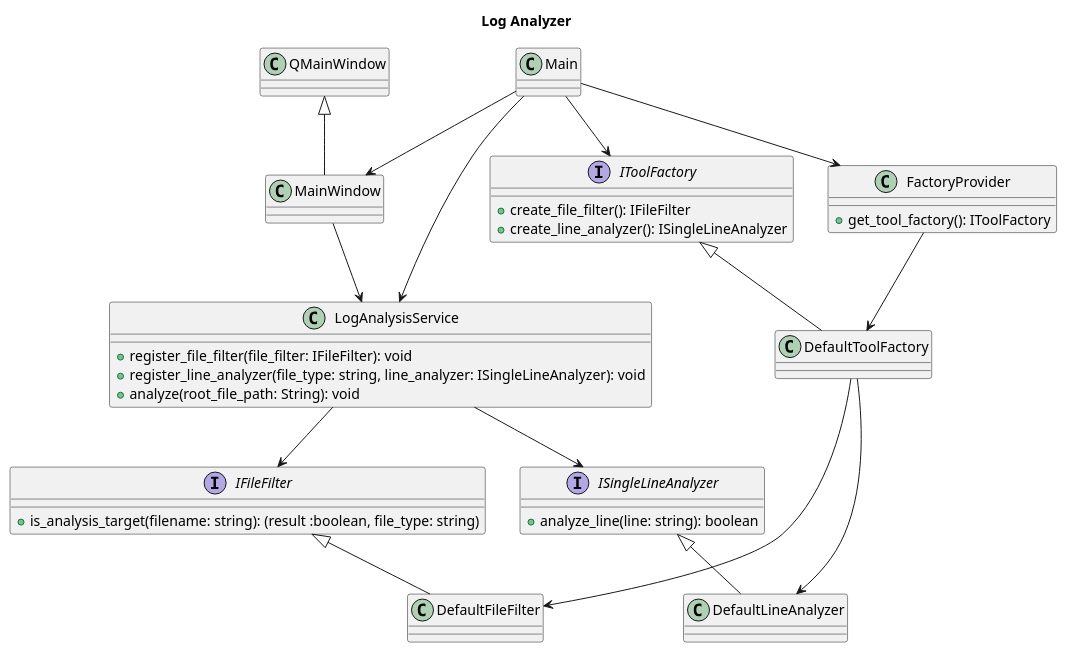
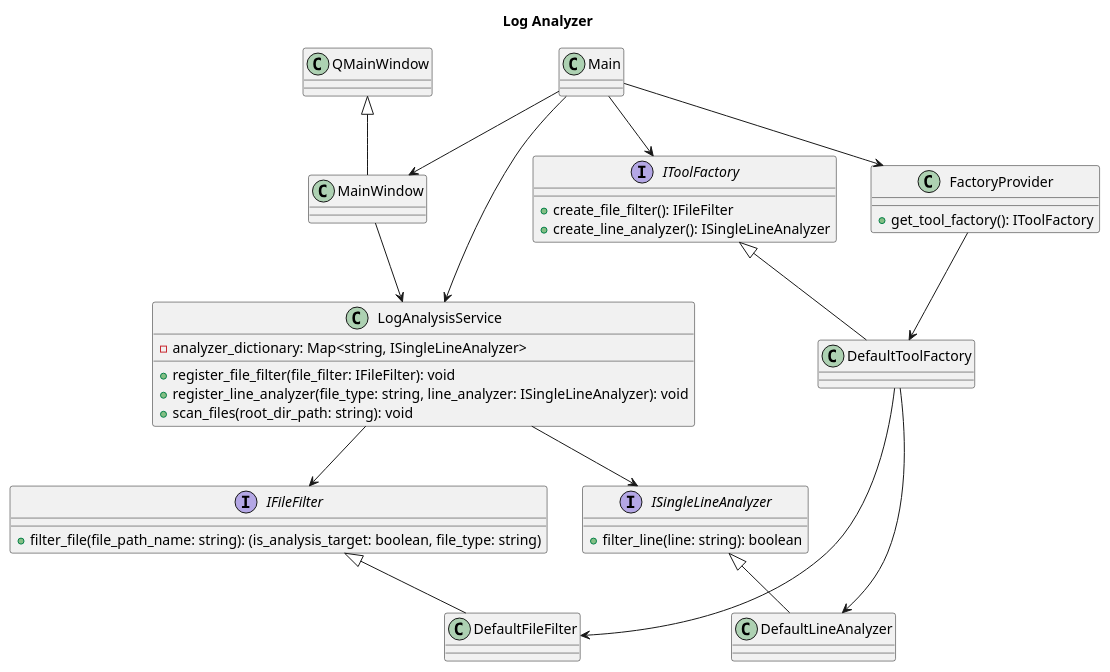
One commit to Takayoshi-Matsuyama/log_analyzer changed the diagram in doc/log_analyzer.puml. Above: the diagram before and after it, drawn with PlantUML.

Commit message:
Updated - class diagram

```diff
--- a/doc/log_analyzer.puml
+++ b/doc/log_analyzer.puml
@@ -1,83 +1,82 @@
 @startuml log_analyzer
 
 'Copyright 2026 Takayoshi Matsuyama
 '
 'Licensed under the Apache License, Version 2.0 (the "License");
 'you may not use this file except in compliance with the License.
 'You may obtain a copy of the License at
 '
 '    http://www.apache.org/licenses/LICENSE-2.0
 '
 'Unless required by applicable law or agreed to in writing, software
 'distributed under the License is distributed on an "AS IS" BASIS,
 'WITHOUT WARRANTIES OR CONDITIONS OF ANY KIND, either express or implied.
 'See the License for the specific language governing permissions and
 'limitations under the License.
 
 title Log Analyzer
 
-
-
 interface IFileFilter
 {
-    +is_analysis_target(filename: string): (result :boolean, file_type: string)
+    +filter_file(file_path_name: string): (is_analysis_target: boolean, file_type: string)
 }
 
 class DefaultFileFilter {}
 
 IFileFilter <|-- DefaultFileFilter
 
 interface ISingleLineAnalyzer
 {
-    +analyze_line(line: string): boolean
+    +filter_line(line: string): boolean
 }
 
 class DefaultLineAnalyzer {}
 
 ISingleLineAnalyzer <|-- DefaultLineAnalyzer
 
 
 interface IToolFactory
 {
     +create_file_filter(): IFileFilter
     +create_line_analyzer(): ISingleLineAnalyzer
 }
 
 class DefaultToolFactory {}
 
 IToolFactory <|-- DefaultToolFactory
 
 DefaultToolFactory --> DefaultFileFilter
 DefaultToolFactory --> DefaultLineAnalyzer
 
 class LogAnalysisService
 {
+    -analyzer_dictionary: Map<string, ISingleLineAnalyzer>
     +register_file_filter(file_filter: IFileFilter): void
     +register_line_analyzer(file_type: string, line_analyzer: ISingleLineAnalyzer): void
-    +analyze(root_file_path: String): void
+    +scan_files(root_dir_path: string): void
 }
 
 class QMainWindow {}
 
 class MainWindow {}
 
 QMainWindow <|-- MainWindow
 
 class FactoryProvider
  {
     +get_tool_factory(): IToolFactory
 }
 
 class Main {}
 
 FactoryProvider --> DefaultToolFactory
 
 LogAnalysisService --> IFileFilter
 LogAnalysisService --> ISingleLineAnalyzer
 Main --> FactoryProvider
 Main --> IToolFactory
 Main --> LogAnalysisService
 Main --> MainWindow
 MainWindow --> LogAnalysisService
 
 @enduml
```
